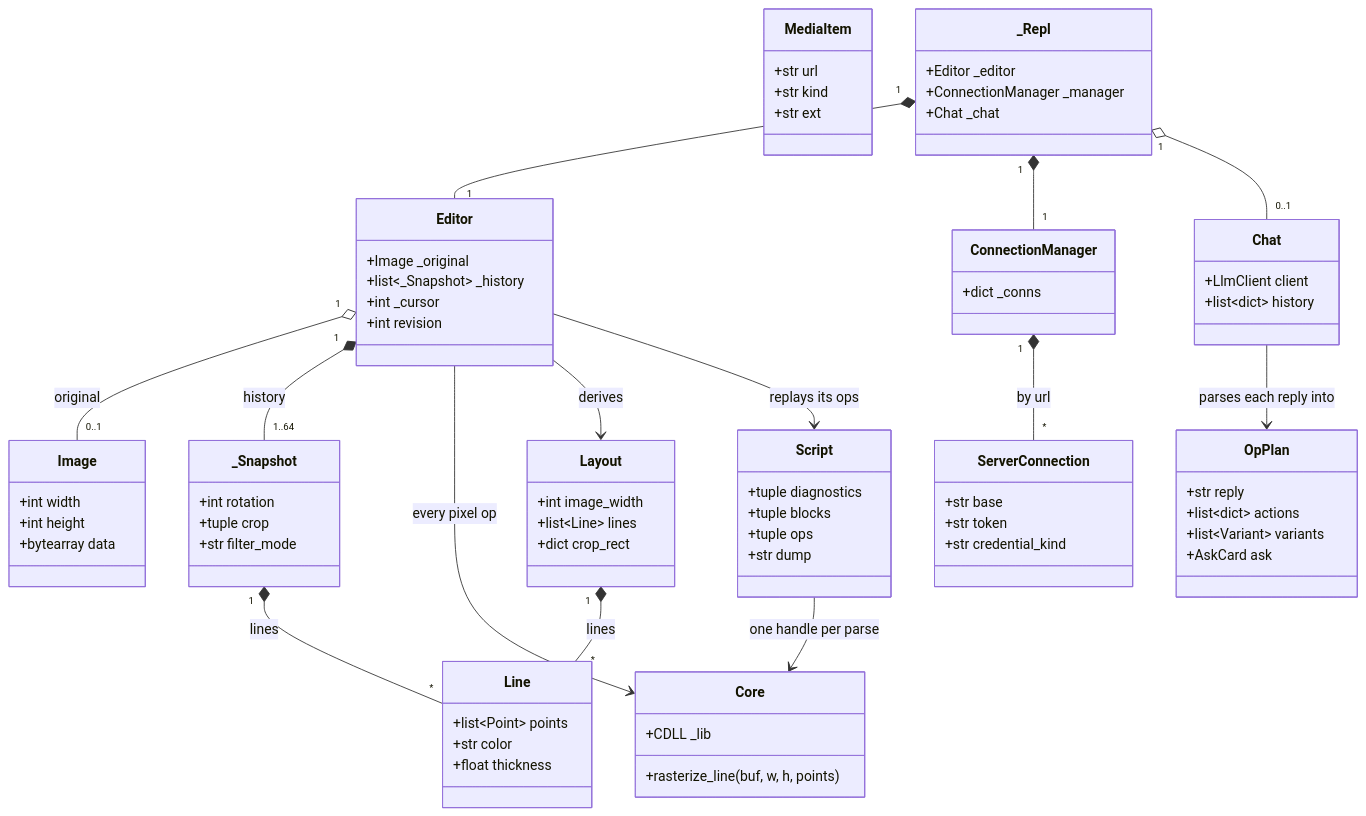
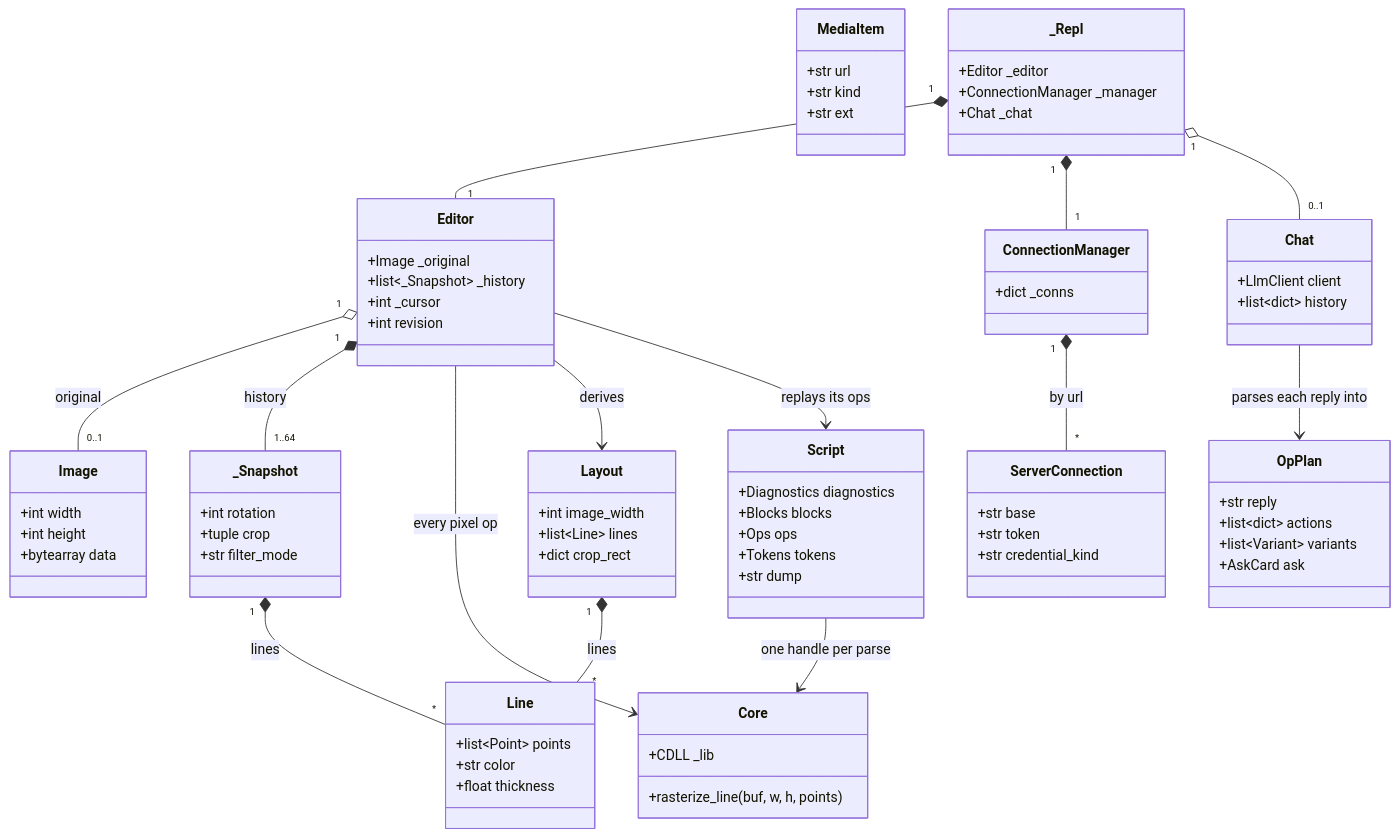
One commit to andrew1407/stencil changed the second of 2 diagrams in pystencil/ARCHITECTURE.md. Above: the diagram before and after it, drawn with Mermaid. The commit also changed other lines of this file and 13 other files, not shown here.

````diff
--- a/pystencil/ARCHITECTURE.md
+++ b/pystencil/ARCHITECTURE.md
@@ -59,80 +59,81 @@
 ```mermaid
 classDiagram
     class Core {
       +CDLL _lib
       +rasterize_line(buf, w, h, points)
     }
     class Image {
       +int width
       +int height
       +bytearray data
     }
     class Layout {
       +int image_width
       +list~Line~ lines
       +dict crop_rect
     }
     class Line {
       +list~Point~ points
       +str color
       +float thickness
     }
     class Snapshot["_Snapshot"] {
       +int rotation
       +tuple crop
       +str filter_mode
     }
     class Editor {
       +Image _original
       +list~_Snapshot~ _history
       +int _cursor
       +int revision
     }
     class OpPlan {
       +str reply
       +list~dict~ actions
       +list~Variant~ variants
       +AskCard ask
     }
     class Chat {
       +LlmClient client
       +list~dict~ history
     }
     class ServerConnection {
       +str base
       +str token
       +str credential_kind
     }
     class ConnectionManager {
       +dict _conns
     }
     class MediaItem {
       +str url
       +str kind
       +str ext
     }
     class Script {
-      +tuple diagnostics
-      +tuple blocks
-      +tuple ops
+      +Diagnostics diagnostics
+      +Blocks blocks
+      +Ops ops
+      +Tokens tokens
       +str dump
     }
     class Repl["_Repl"] {
       +Editor _editor
       +ConnectionManager _manager
       +Chat _chat
     }
     Editor "1" o-- "0..1" Image : original
     Editor "1" *-- "1..64" Snapshot : history
     Editor --> Core : every pixel op
     Editor --> Layout : derives
     Snapshot "1" *-- "*" Line : lines
     Layout "1" *-- "*" Line : lines
     Script --> Core : one handle per parse
     Editor --> Script : replays its ops
     Chat --> OpPlan : parses each reply into
     ConnectionManager "1" *-- "*" ServerConnection : by url
     Repl "1" *-- "1" Editor
     Repl "1" *-- "1" ConnectionManager
     Repl "1" o-- "0..1" Chat
 ```
````
